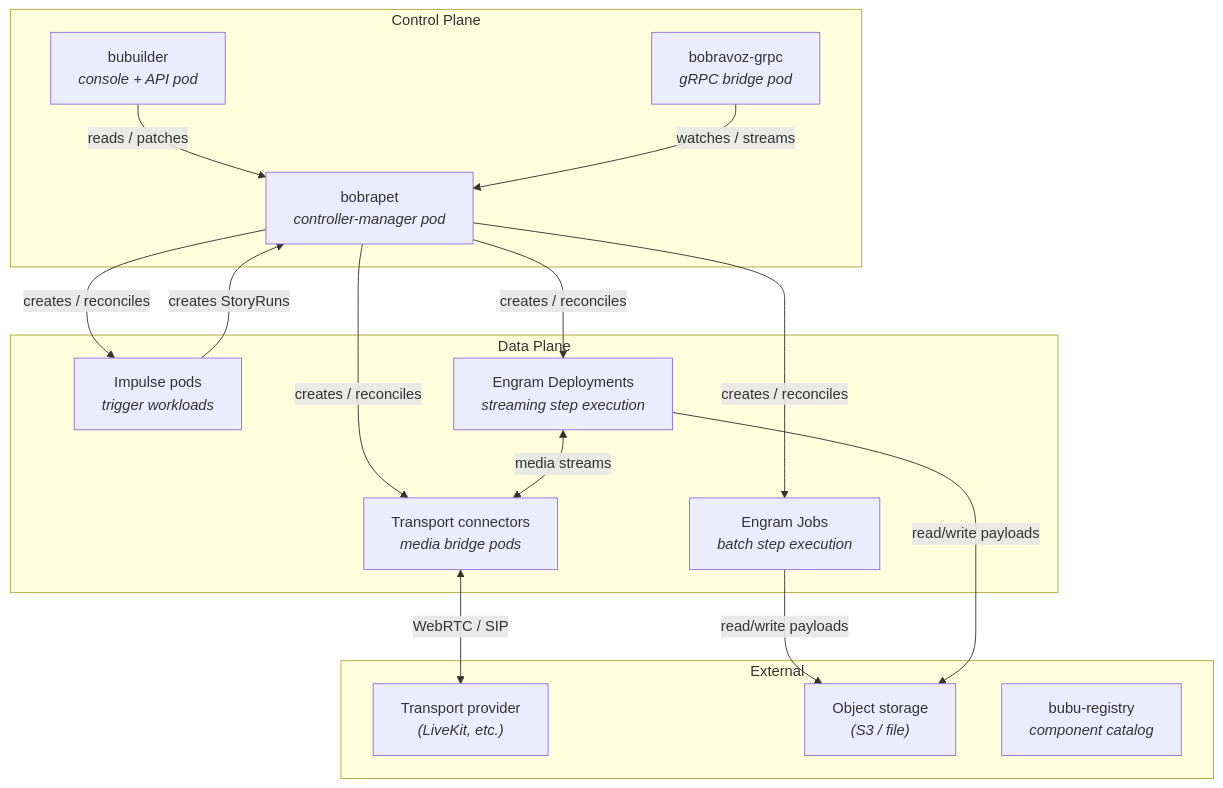
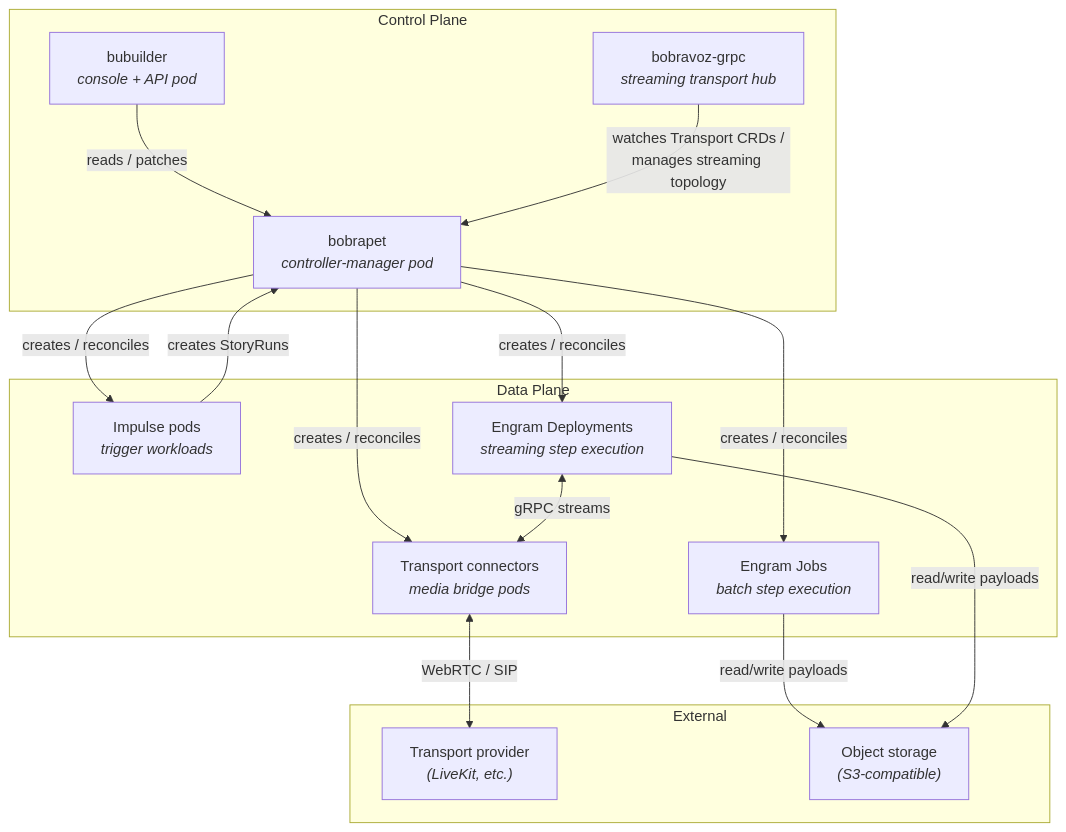
One commit to bubustack/website changed the third of 3 diagrams in docs/overview/architecture.md. Above: the diagram before and after it, drawn with Mermaid. The commit also changed other lines of this file and 120 other files, not shown here.

````diff
--- a/docs/overview/architecture.md
+++ b/docs/overview/architecture.md
@@ -218,33 +285,32 @@
 ```mermaid
 graph TB
     subgraph Control Plane
         operator["bobrapet<br/><i>controller-manager pod</i>"]
-        bobravoz["bobravoz-grpc<br/><i>gRPC bridge pod</i>"]
+        bobravoz["bobravoz-grpc<br/><i>streaming transport hub</i>"]
         builder["bubuilder<br/><i>console + API pod</i>"]
     end
 
     subgraph Data Plane
         impulse["Impulse pods<br/><i>trigger workloads</i>"]
         engram_job["Engram Jobs<br/><i>batch step execution</i>"]
         engram_deploy["Engram Deployments<br/><i>streaming step execution</i>"]
         connector["Transport connectors<br/><i>media bridge pods</i>"]
     end
 
     subgraph External
         transport["Transport provider<br/><i>(LiveKit, etc.)</i>"]
-        storage["Object storage<br/><i>(S3 / file)</i>"]
-        registry["bubu-registry<br/><i>component catalog</i>"]
+        storage["Object storage<br/><i>(S3-compatible)</i>"]
     end
 
     operator -->|"creates / reconciles"| impulse
     operator -->|"creates / reconciles"| engram_job
     operator -->|"creates / reconciles"| engram_deploy
     operator -->|"creates / reconciles"| connector
     impulse -->|"creates StoryRuns"| operator
     builder -->|"reads / patches"| operator
-    bobravoz -->|"watches / streams"| operator
-    engram_deploy <-->|"media streams"| connector
+    bobravoz -->|"watches Transport CRDs /<br/>manages streaming topology"| operator
+    engram_deploy <-->|"gRPC streams"| connector
     connector <-->|"WebRTC / SIP"| transport
     engram_job -->|"read/write payloads"| storage
     engram_deploy -->|"read/write payloads"| storage
 ```
````
